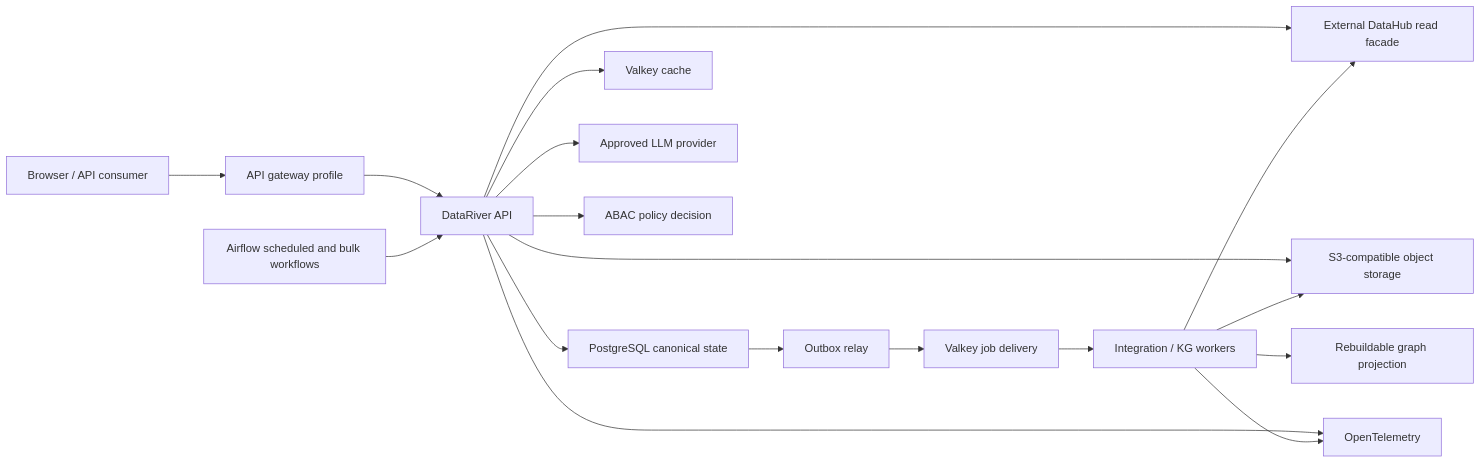
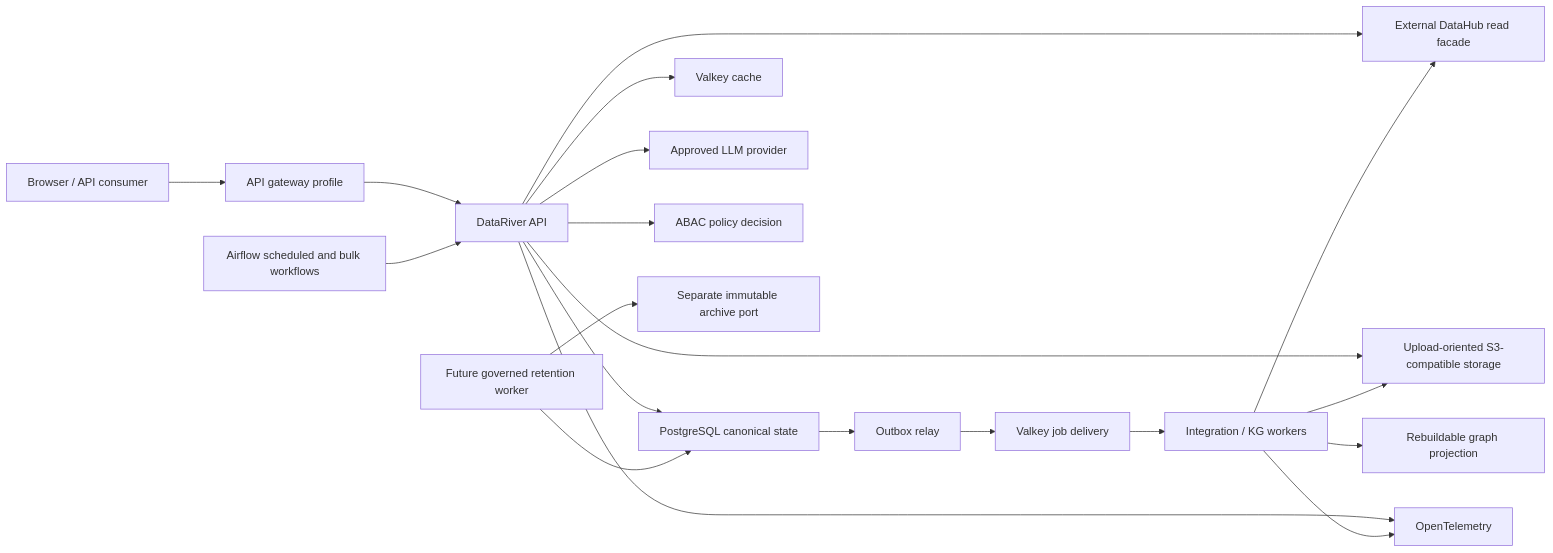
One commit to Ever-Real/datariver_poc_v0 changed the first of 2 diagrams in docs/03_ARCHITECTURE.md. Above: the diagram before and after it, drawn with Mermaid. The commit also changed other lines of this file and 9 other files, not shown here.

````diff
--- a/docs/03_ARCHITECTURE.md
+++ b/docs/03_ARCHITECTURE.md
@@ -20,20 +20,22 @@
 ```mermaid
 flowchart LR
     U["Browser / API consumer"] --> G["API gateway profile"]
     G --> A["DataRiver API"]
     A --> P["PostgreSQL canonical state"]
     A --> VC["Valkey cache"]
-    A --> O["S3-compatible object storage"]
+    A --> O["Upload-oriented S3-compatible storage"]
     A --> D["External DataHub read facade"]
     A --> L["Approved LLM provider"]
     A --> Z["ABAC policy decision"]
     P --> R["Outbox relay"]
     R --> VQ["Valkey job delivery"]
     VQ --> W["Integration / KG workers"]
     W --> D
     W --> O
     W --> GP["Rebuildable graph projection"]
+    RW["Future governed retention worker"] --> P
+    RW --> IA["Separate immutable archive port"]
     AF["Airflow scheduled and bulk workflows"] --> A
     A --> OT["OpenTelemetry"]
     W --> OT
 ```
````
